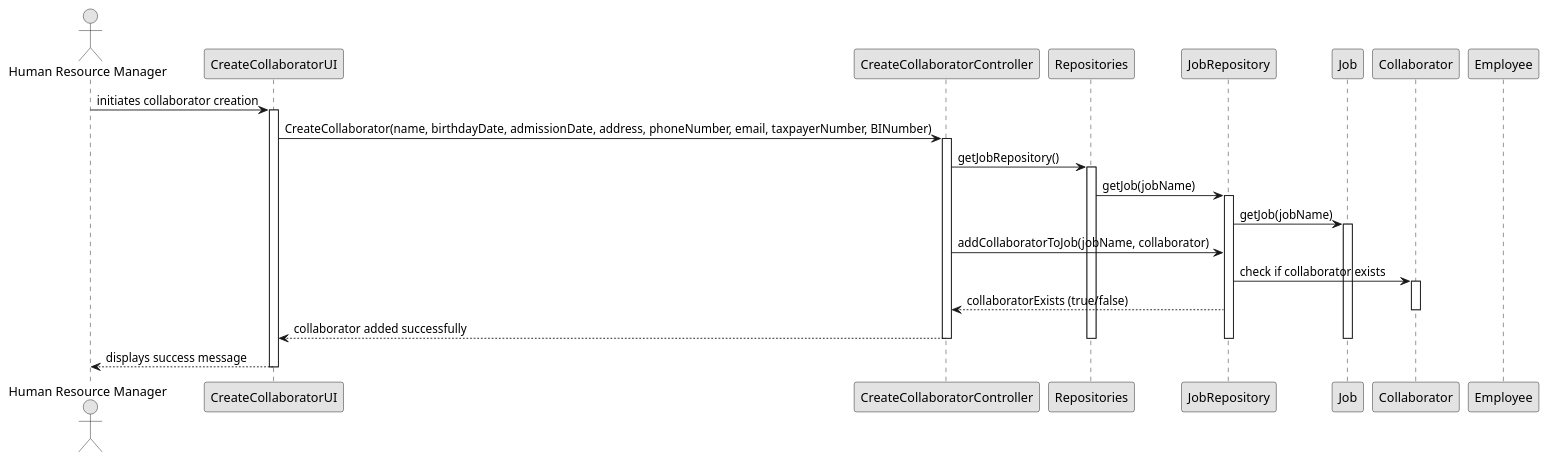
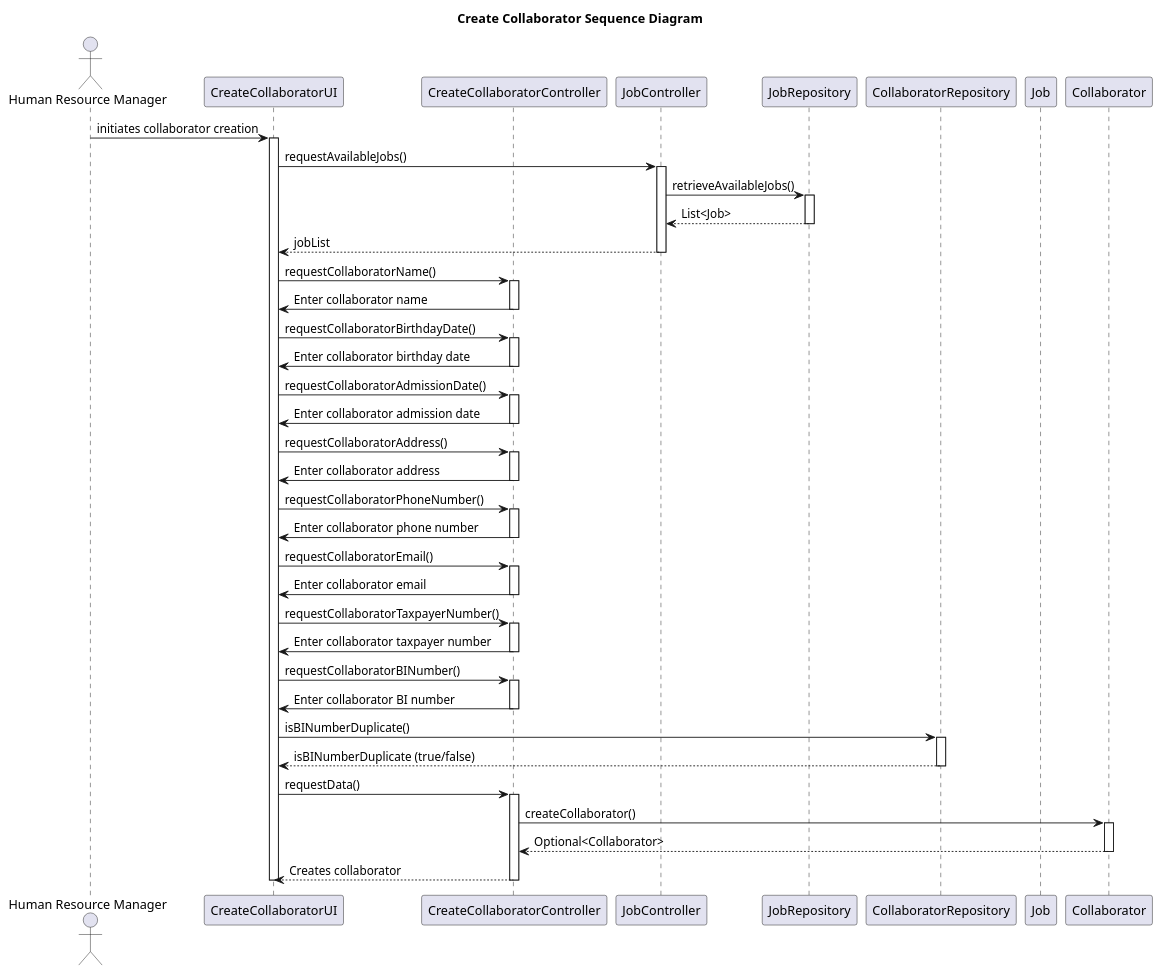
One commit to Departamento-de-Engenharia-Informatica/greenspace-management changed the diagram in docs/sprintB/us003/03.design/puml/us003-sequence-diagram-full.puml. Above: the diagram before and after it, drawn with PlantUML. The commit also changed 7 other files, not shown here.

Commit message:
improves on diagrams

```diff
--- a/docs/sprintB/us003/03.design/puml/us003-sequence-diagram-full.puml
+++ b/docs/sprintB/us003/03.design/puml/us003-sequence-diagram-full.puml
@@ -1,36 +1,69 @@
 @startuml
-skinparam monochrome true
-skinparam shadowing false
+title Create Collaborator Sequence Diagram
 
-actor "Human Resource Manager" as HM
+actor "Human Resource Manager" as HRM
 participant "CreateCollaboratorUI" as UI
 participant "CreateCollaboratorController" as Controller
-participant "Repositories" as Repos
+participant "JobController" as JobController
 participant "JobRepository" as JobRepo
+participant "CollaboratorRepository" as CollaboratorRepo
 participant "Job" as Job
 participant "Collaborator" as Collaborator
-participant "Employee" as Emp
 
-HM -> UI: initiates collaborator creation
+HRM -> UI: initiates collaborator creation
 activate UI
-UI -> Controller: CreateCollaborator(name, birthdayDate, admissionDate, address, phoneNumber, email, taxpayerNumber, BINumber)
+UI -> JobController: requestAvailableJobs()
+activate JobController
+JobController -> JobRepo: retrieveAvailableJobs()
+activate JobRepo
+JobRepo --> JobController: List<Job>
+deactivate JobRepo
+JobController --> UI: jobList
+deactivate JobController
+
+UI -> Controller: requestCollaboratorName()
 activate Controller
-Controller -> Repos: getJobRepository()
-activate Repos
-Repos -> JobRepo: getJob(jobName)
-activate JobRepo
-JobRepo -> Job: getJob(jobName)
-activate Job
-Controller -> JobRepo: addCollaboratorToJob(jobName, collaborator)
-JobRepo -> Collaborator: check if collaborator exists
+Controller -> UI: Enter collaborator name
+deactivate Controller
+UI -> Controller: requestCollaboratorBirthdayDate()
+activate Controller
+Controller -> UI: Enter collaborator birthday date
+deactivate Controller
+UI -> Controller: requestCollaboratorAdmissionDate()
+activate Controller
+Controller -> UI: Enter collaborator admission date
+deactivate Controller
+UI -> Controller: requestCollaboratorAddress()
+activate Controller
+Controller -> UI: Enter collaborator address
+deactivate Controller
+UI -> Controller: requestCollaboratorPhoneNumber()
+activate Controller
+Controller -> UI: Enter collaborator phone number
+deactivate Controller
+UI -> Controller: requestCollaboratorEmail()
+activate Controller
+Controller -> UI: Enter collaborator email
+deactivate Controller
+UI -> Controller: requestCollaboratorTaxpayerNumber()
+activate Controller
+Controller -> UI: Enter collaborator taxpayer number
+deactivate Controller
+UI -> Controller: requestCollaboratorBINumber()
+activate Controller
+Controller -> UI: Enter collaborator BI number
+deactivate Controller
+UI -> CollaboratorRepo: isBINumberDuplicate()
+activate CollaboratorRepo
+CollaboratorRepo --> UI: isBINumberDuplicate (true/false)
+deactivate CollaboratorRepo
+UI -> Controller: requestData()
+activate Controller
+Controller -> Collaborator: createCollaborator()
 activate Collaborator
-JobRepo --> Controller: collaboratorExists (true/false)
+Collaborator --> Controller: Optional<Collaborator>
 deactivate Collaborator
-Controller --> UI: collaborator added successfully
-deactivate Job
-deactivate JobRepo
-deactivate Repos
+Controller --> UI: Creates collaborator
 deactivate Controller
-UI --> HM: displays success message
 deactivate UI
 @enduml
```
